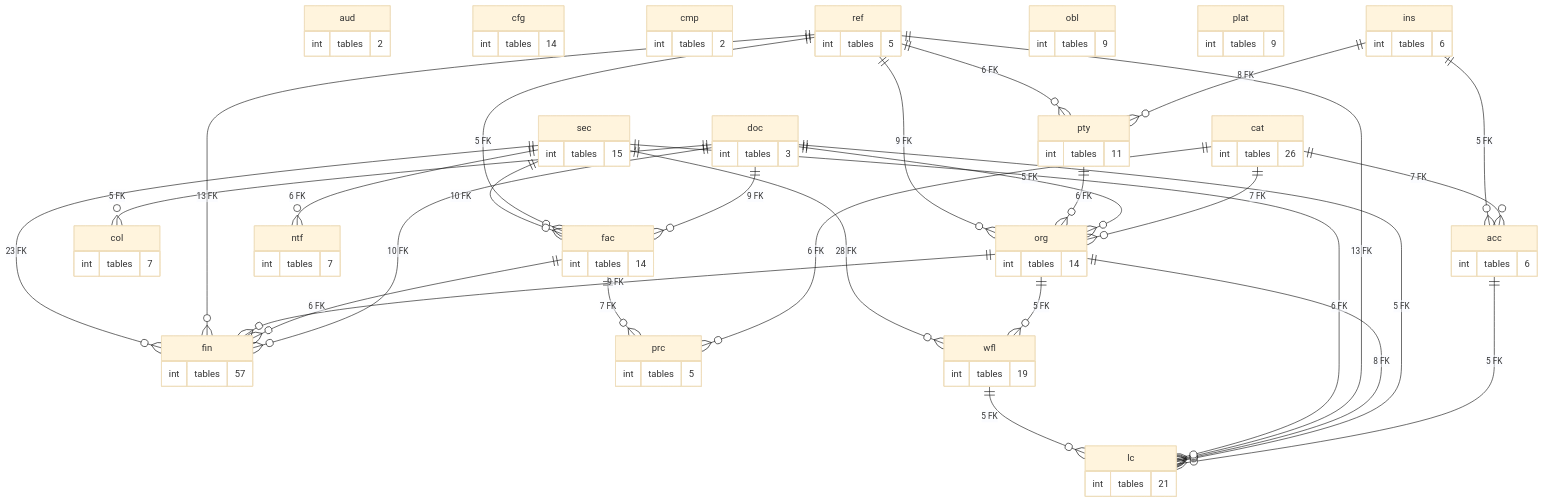
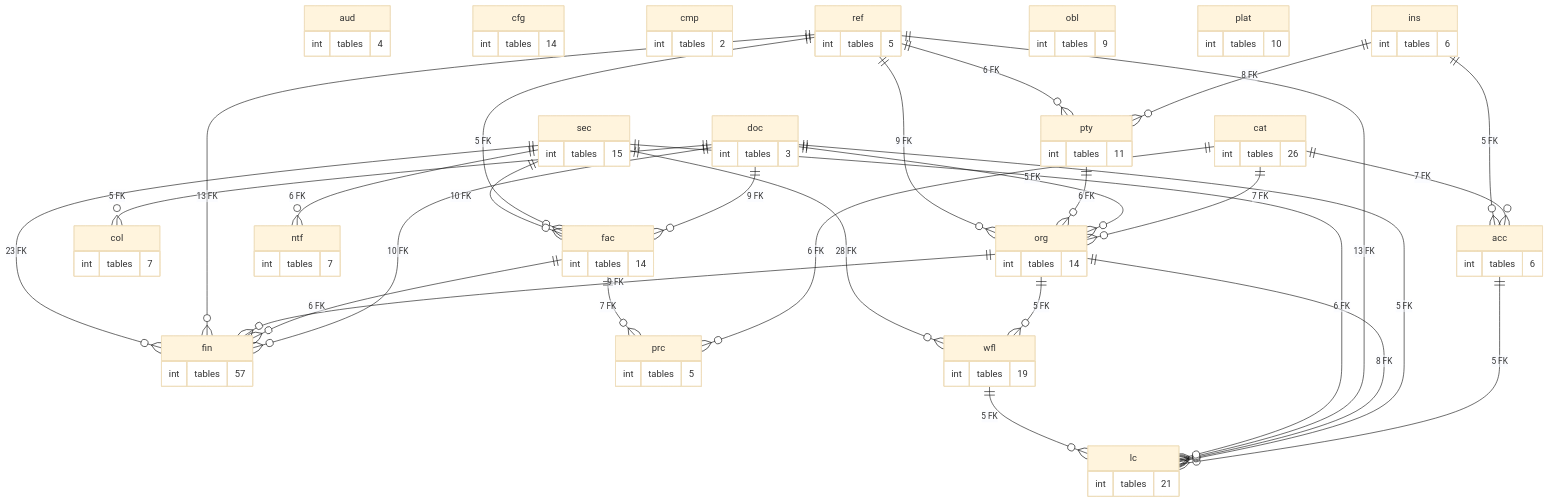
The diagram in treasury-platform/docs/diagrams/erd/schema_map.mmd (thawrasy/smartlines), drawn with Mermaid (base theme) before and after one commit. The commit also changed 183 other files, not shown here.

```diff
--- a/treasury-platform/docs/diagrams/erd/schema_map.mmd
+++ b/treasury-platform/docs/diagrams/erd/schema_map.mmd
@@ -1,90 +1,90 @@
 %% خريطة المخططات: العلاقة = عدد المفاتيح الأجنبية بين المخططين (≥ 5)
 erDiagram
   acc {
     int tables "6"
   }
   aud {
-    int tables "2"
+    int tables "4"
   }
   cat {
     int tables "26"
   }
   cfg {
     int tables "14"
   }
   cmp {
     int tables "2"
   }
   col {
     int tables "7"
   }
   doc {
     int tables "3"
   }
   fac {
     int tables "14"
   }
   fin {
     int tables "57"
   }
   ins {
     int tables "6"
   }
   lc {
     int tables "21"
   }
   ntf {
     int tables "7"
   }
   obl {
     int tables "9"
   }
   org {
     int tables "14"
   }
   plat {
-    int tables "9"
+    int tables "10"
   }
   prc {
     int tables "5"
   }
   pty {
     int tables "11"
   }
   ref {
     int tables "5"
   }
   sec {
     int tables "15"
   }
   wfl {
     int tables "19"
   }
   acc ||--o{ lc : "5 FK"
   cat ||--o{ acc : "7 FK"
   cat ||--o{ org : "7 FK"
   cat ||--o{ prc : "6 FK"
   doc ||--o{ col : "5 FK"
   doc ||--o{ fac : "9 FK"
   doc ||--o{ fin : "10 FK"
   doc ||--o{ lc : "5 FK"
   doc ||--o{ org : "5 FK"
   fac ||--o{ fin : "6 FK"
   fac ||--o{ prc : "7 FK"
   ins ||--o{ acc : "5 FK"
   ins ||--o{ pty : "8 FK"
   org ||--o{ fin : "9 FK"
   org ||--o{ lc : "8 FK"
   org ||--o{ wfl : "5 FK"
   pty ||--o{ org : "6 FK"
   ref ||--o{ fac : "5 FK"
   ref ||--o{ fin : "13 FK"
   ref ||--o{ lc : "13 FK"
   ref ||--o{ org : "9 FK"
   ref ||--o{ pty : "6 FK"
   sec ||--o{ fac : "10 FK"
   sec ||--o{ fin : "23 FK"
   sec ||--o{ lc : "6 FK"
   sec ||--o{ ntf : "6 FK"
   sec ||--o{ wfl : "28 FK"
   wfl ||--o{ lc : "5 FK"
```
